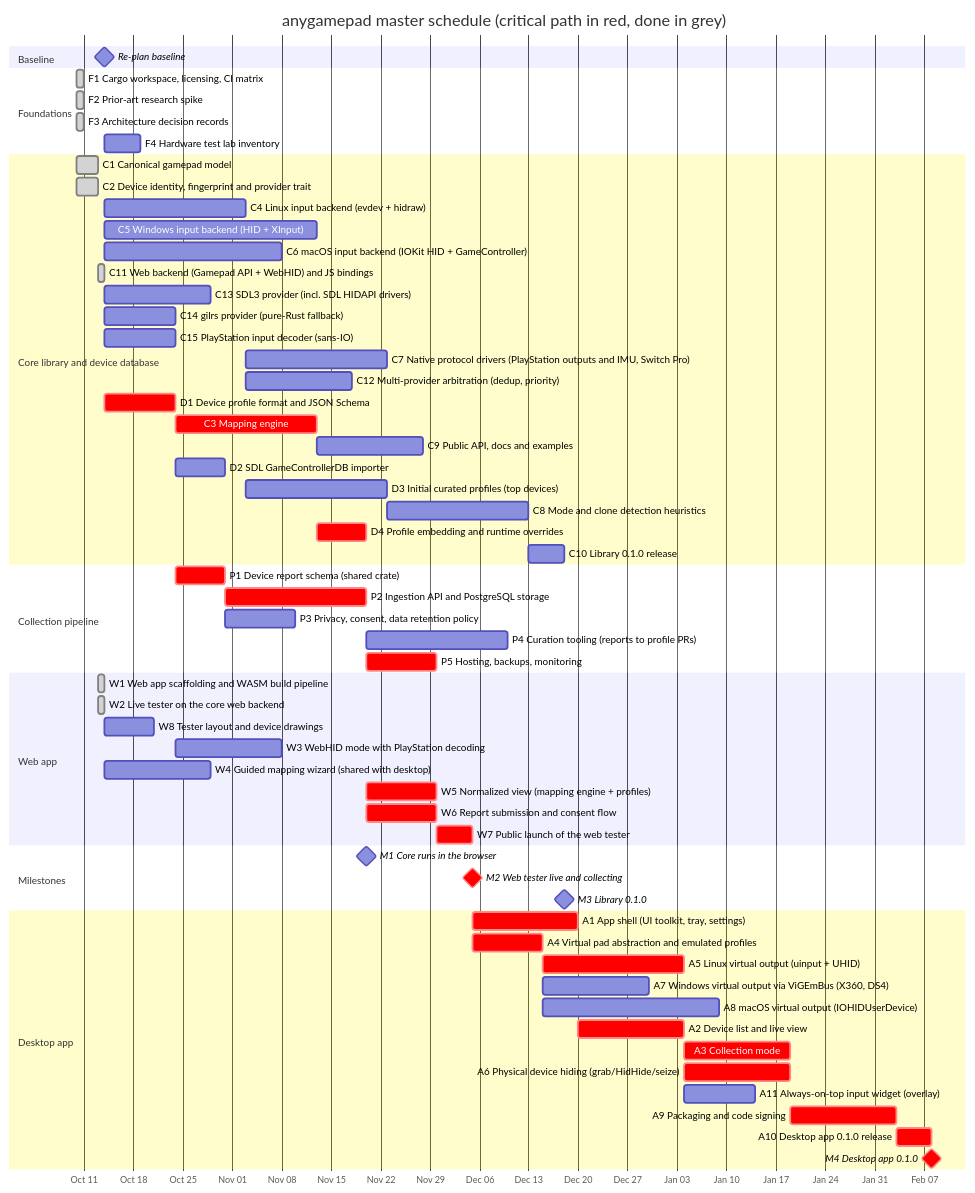
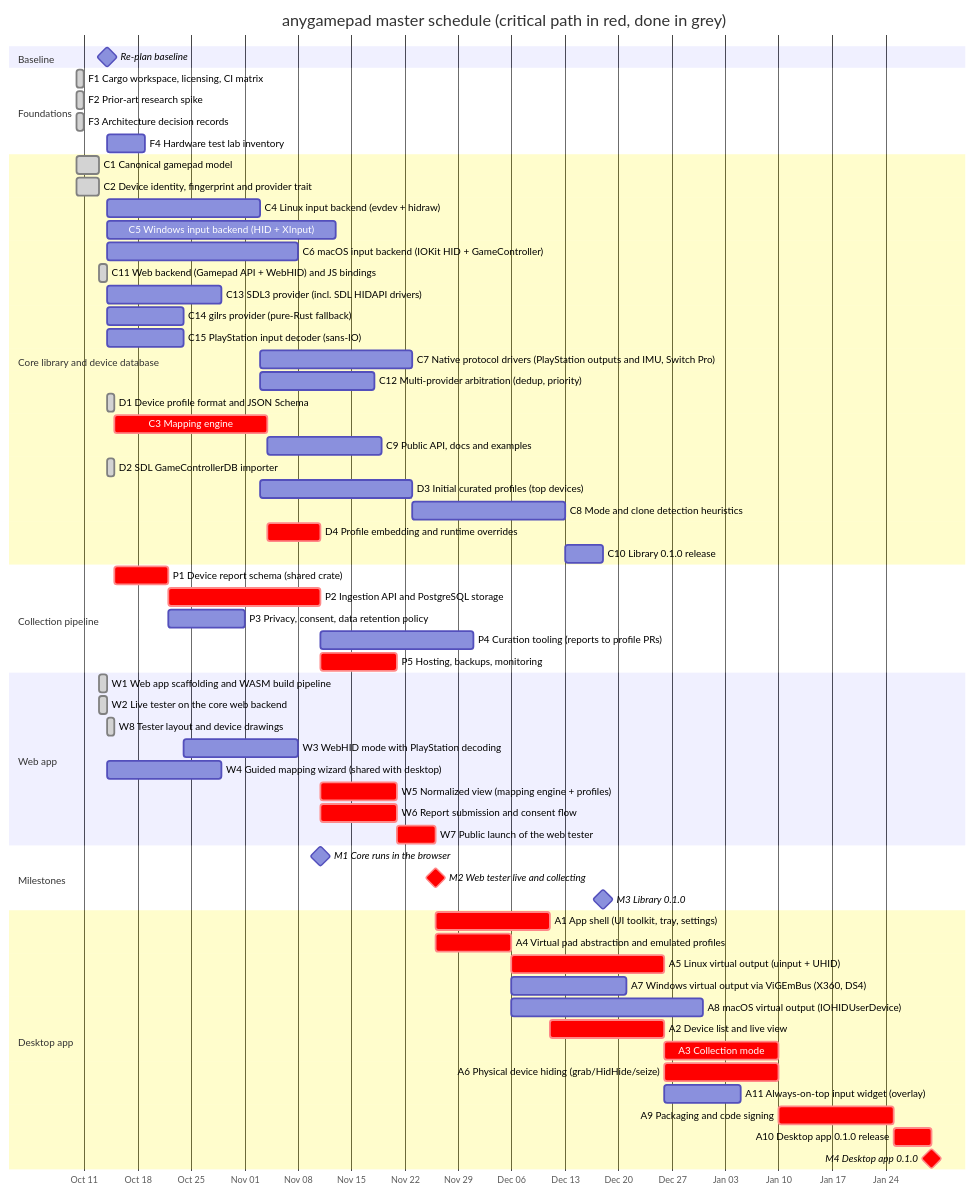
One commit to anygamepad/anygamepad.github.io changed the second of 3 diagrams in ROADMAP/2026-10-14/README.md. Above: the diagram before and after it, drawn with Mermaid. The commit also changed other lines of this file and 35 other files, not shown here.

First line of the commit message:
D1, D2: device profile format, JSON Schema and SDL GameControllerDB importer; tester theme switch (#8)

````diff
--- a/ROADMAP/2026-10-14/README.md
+++ b/ROADMAP/2026-10-14/README.md
@@ -155,65 +158,65 @@
 ```mermaid
 gantt
     dateFormat YYYY-MM-DD
     axisFormat %b %d
     title anygamepad master schedule (critical path in red, done in grey)
     section Baseline
     Re-plan baseline :milestone, t0, 2026-10-14, 0d
     section Foundations
     F1 Cargo workspace, licensing, CI matrix :done, f1, 2026-10-10, 1d
     F2 Prior-art research spike :done, f2, 2026-10-10, 1d
     F3 Architecture decision records :done, f3, 2026-10-10, 1d
     F4 Hardware test lab inventory :f4, after f2 t0, 5d
     section Core library and device database
     C1 Canonical gamepad model :done, c1, 2026-10-10, 3d
     C2 Device identity, fingerprint and provider trait :done, c2, 2026-10-10, 3d
     C4 Linux input backend (evdev + hidraw) :c4, after c1 c2 t0, 20d
     C5 Windows input backend (HID + XInput) :c5, after c1 c2 t0, 30d
     C6 macOS input backend (IOKit HID + GameController) :c6, after c1 c2 t0, 25d
     C11 Web backend (Gamepad API + WebHID) and JS bindings :done, c11, 2026-10-13, 1d
     C13 SDL3 provider (incl. SDL HIDAPI drivers) :c13, after c1 c2 t0, 15d
     C14 gilrs provider (pure-Rust fallback) :c14, after c1 c2 t0, 10d
     C15 PlayStation input decoder (sans-IO) :c15, after c1 c2 t0, 10d
     C7 Native protocol drivers (PlayStation outputs and IMU, Switch Pro) :c7, after c4 c15, 20d
     C12 Multi-provider arbitration (dedup, priority) :c12, after c4 c13, 15d
-    D1 Device profile format and JSON Schema :crit, d1, after c2 t0, 10d
-    C3 Mapping engine :crit, c3, after c1 d1, 20d
+    D1 Device profile format and JSON Schema :done, d1, 2026-10-14, 1d
+    C3 Mapping engine :crit, c3, after c1 d1 t0, 20d
     C9 Public API, docs and examples :c9, after c3, 15d
-    D2 SDL GameControllerDB importer :d2, after d1, 7d
+    D2 SDL GameControllerDB importer :done, d2, 2026-10-14, 1d
     D3 Initial curated profiles (top devices) :d3, after d1 c4 f4, 20d
     C8 Mode and clone detection heuristics :c8, after c3 c4 d3, 20d
     D4 Profile embedding and runtime overrides :crit, d4, after d1 c3, 7d
     C10 Library 0.1.0 release :c10, after c5 c6 c7 c8 c9 c11 c12 c14 d4, 5d
     section Collection pipeline
-    P1 Device report schema (shared crate) :crit, p1, after c2 d1, 7d
+    P1 Device report schema (shared crate) :crit, p1, after c2 d1 t0, 7d
     P2 Ingestion API and PostgreSQL storage :crit, p2, after p1, 20d
     P3 Privacy, consent, data retention policy :p3, after p1, 10d
     P4 Curation tooling (reports to profile PRs) :p4, after p2 d1, 20d
     P5 Hosting, backups, monitoring :crit, p5, after p2, 10d
     section Web app
     W1 Web app scaffolding and WASM build pipeline :done, w1, 2026-10-13, 1d
     W2 Live tester on the core web backend :done, w2, 2026-10-13, 1d
-    W8 Tester layout and device drawings :w8, after w2 t0, 7d
+    W8 Tester layout and device drawings :done, w8, 2026-10-14, 1d
     W3 WebHID mode with PlayStation decoding :w3, after w2 c15 w8, 15d
     W4 Guided mapping wizard (shared with desktop) :w4, after w2 t0, 15d
     W5 Normalized view (mapping engine + profiles) :crit, w5, after w2 c3 d2 d4, 10d
     W6 Report submission and consent flow :crit, w6, after w4 p1 p2 p3, 10d
     W7 Public launch of the web tester :crit, w7, after w5 w6 p5, 5d
     section Milestones
     M1 Core runs in the browser :milestone, m1, after c3 c11 d4, 0d
     M2 Web tester live and collecting :milestone, crit, m2, after w7, 0d
     M3 Library 0.1.0 :milestone, m3, after c10, 0d
     section Desktop app
     A1 App shell (UI toolkit, tray, settings) :crit, a1, after f3 m2, 15d
     A4 Virtual pad abstraction and emulated profiles :crit, a4, after c1 m2, 10d
     A5 Linux virtual output (uinput + UHID) :crit, a5, after a4 c4, 20d
     A7 Windows virtual output via ViGEmBus (X360, DS4) :a7, after a4 c5, 15d
     A8 macOS virtual output (IOHIDUserDevice) :a8, after a4 c6, 25d
     A2 Device list and live view :crit, a2, after a1 c4, 15d
     A3 Collection mode :crit, a3, after a2 w4 p2 p3, 15d
     A6 Physical device hiding (grab/HidHide/seize) :crit, a6, after a5 c5 c6, 15d
     A11 Always-on-top input widget (overlay) :a11, after a2, 10d
     A9 Packaging and code signing :crit, a9, after a3 a6 a7 a8 a11, 15d
     A10 Desktop app 0.1.0 release :crit, a10, after a9 c10, 5d
     M4 Desktop app 0.1.0 :milestone, crit, m4, after a10, 0d
 ```
````
